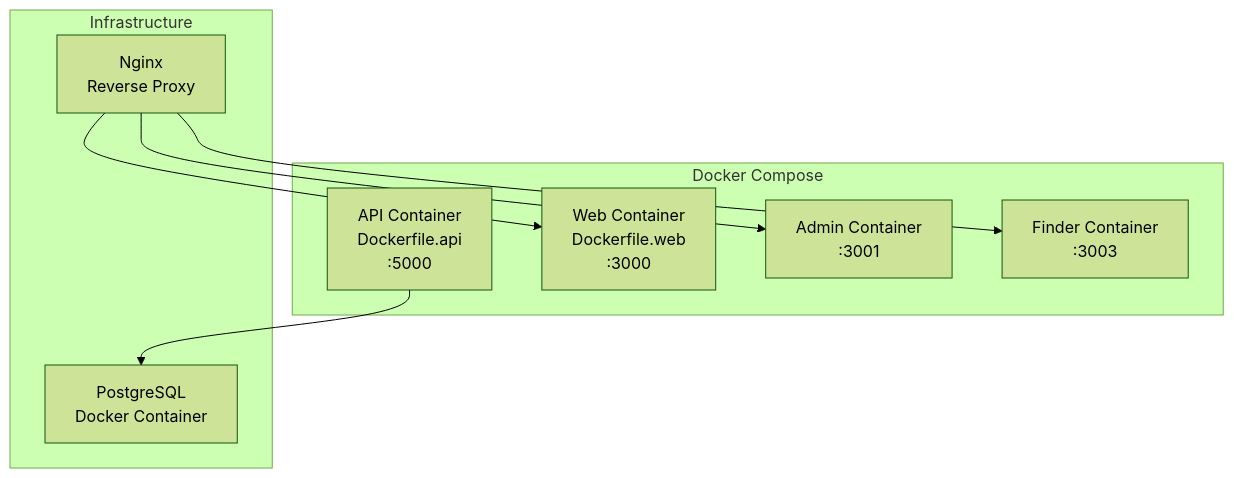
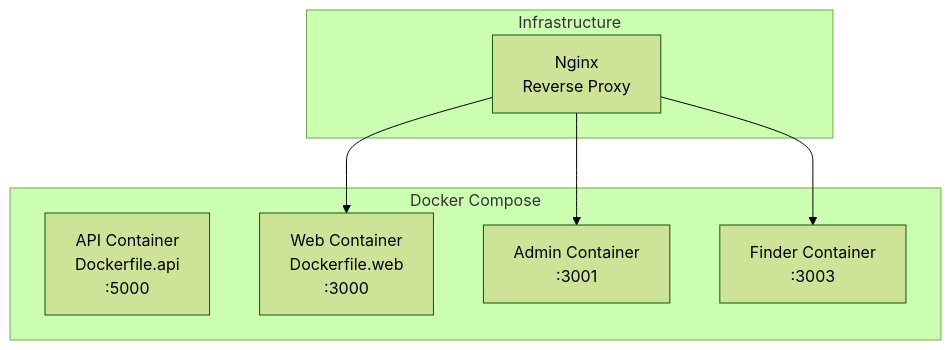
Before and after one commit to bhagatarpan/PawTag: diagram 17 of 18 in COMPLETE-ARCHITECTURE.md, drawn with Mermaid (forest theme). The commit also changed other lines of this file and 40 other files, not shown here.

````diff
--- a/COMPLETE-ARCHITECTURE.md
+++ b/COMPLETE-ARCHITECTURE.md
@@ -662,19 +588,17 @@
 ```mermaid
 flowchart TB
     subgraph DOCKER["Docker Compose"]
         APIContainer["API Container<br/>Dockerfile.api<br/>:5000"]
         WebContainer["Web Container<br/>Dockerfile.web<br/>:3000"]
         AdminContainer["Admin Container<br/>:3001"]
         FinderContainer["Finder Container<br/>:3003"]
     end
 
     subgraph INFRA["Infrastructure"]
         Nginx["Nginx<br/>Reverse Proxy"]
-        PostgreSQL["PostgreSQL<br/>Docker Container"]
     end
 
     Nginx --> WebContainer
     Nginx --> AdminContainer
     Nginx --> FinderContainer
-    APIContainer --> PostgreSQL
 ```
````
